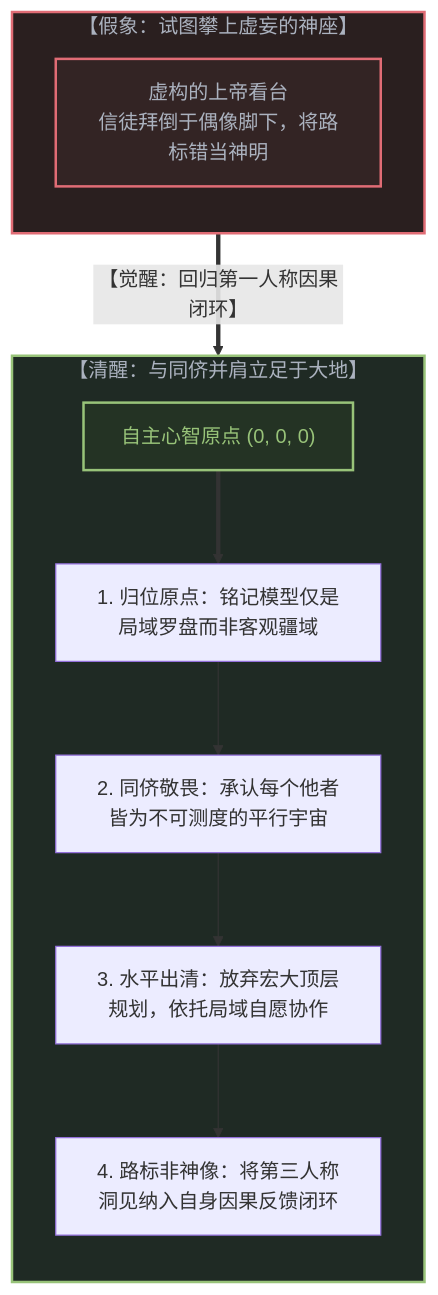
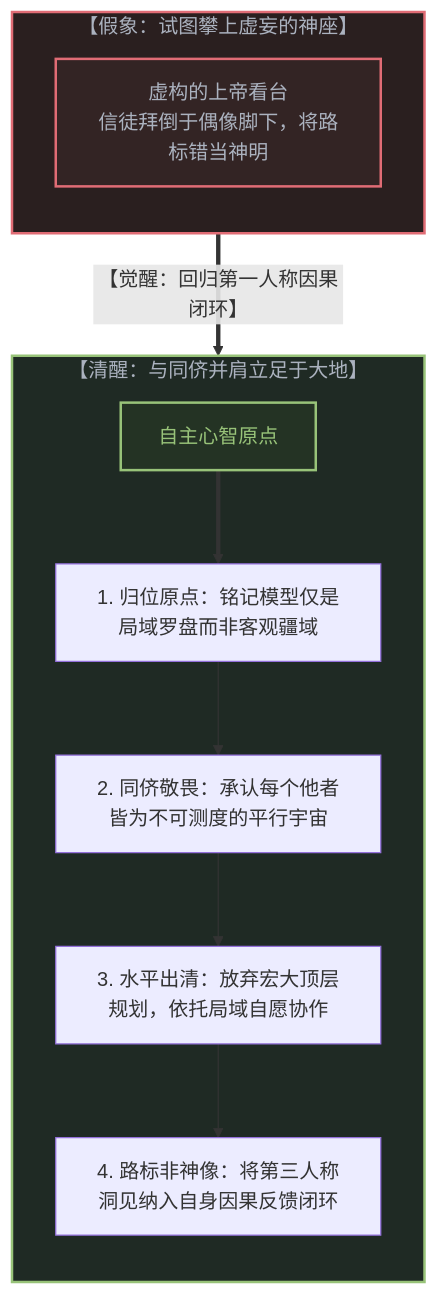
One commit to powerpig99/not-a-toe changed the ninth of 10 diagrams in content/posts/the-invisible-gods-eye.md. Above: the diagram before and after it, drawn with Mermaid. The commit also changed other lines of this file and 15 other files, not shown here.

````diff
--- a/content/posts/the-invisible-gods-eye.md
+++ b/content/posts/the-invisible-gods-eye.md
@@ -425,29 +425,29 @@
 ```mermaid
 graph TD
     subgraph FalseAscent["【假象：试图攀上虚妄的神座】"]
         direction TB
         GodBalcony["虚构的上帝看台<br>信徒拜倒于偶像脚下，将路标错当神明"]
     end
 
     FalseAscent ==>|"【觉醒：回归第一人称因果闭环】"| GroundedSovereignty
 
     subgraph GroundedSovereignty["【清醒：与同侪并肩立足于大地】"]
         direction TB
-        OriginGround["自主心智原点 (0, 0, 0)"]
+        OriginGround["自主心智原点"]
         
         Step1["1. 归位原点：铭记模型仅是局域罗盘而非客观疆域"]
         Step2["2. 同侪敬畏：承认每个他者皆为不可测度的平行宇宙"]
         Step3["3. 水平出清：放弃宏大顶层规划，依托局域自愿协作"]
         Step4["4. 路标非神像：将第三人称洞见纳入自身因果反馈闭环"]
 
         OriginGround ==> Step1
         Step1 --> Step2
         Step2 --> Step3
         Step3 --> Step4
     end
 
     style FalseAscent fill:#2a1f1f,stroke:#e06c75,stroke-width:2px,color:#abb2bf
     style GroundedSovereignty fill:#1f2a24,stroke:#98c379,stroke-width:2px,color:#abb2bf
     style GodBalcony fill:#332424,stroke:#e06c75,stroke-width:2px,color:#abb2bf
     style OriginGround fill:#243324,stroke:#98c379,stroke-width:2px,color:#98c379
 ```
````
